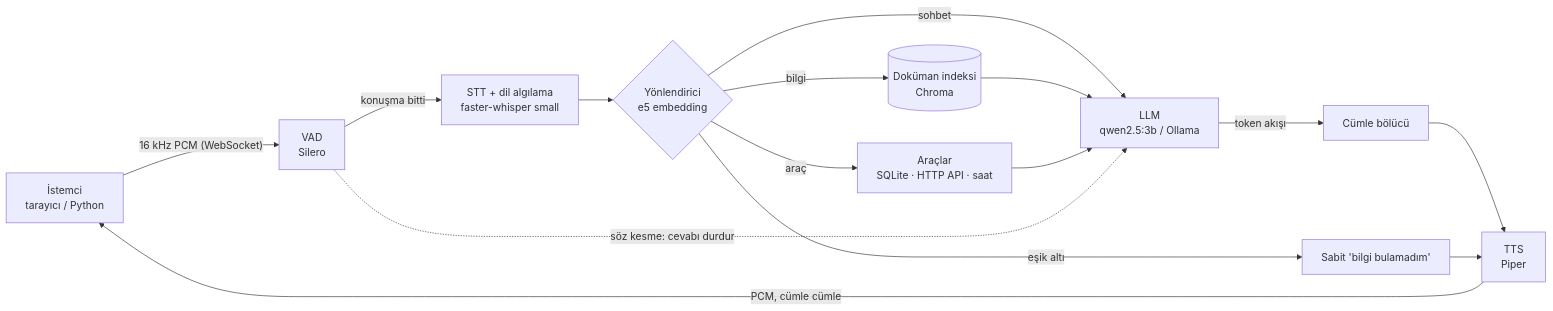
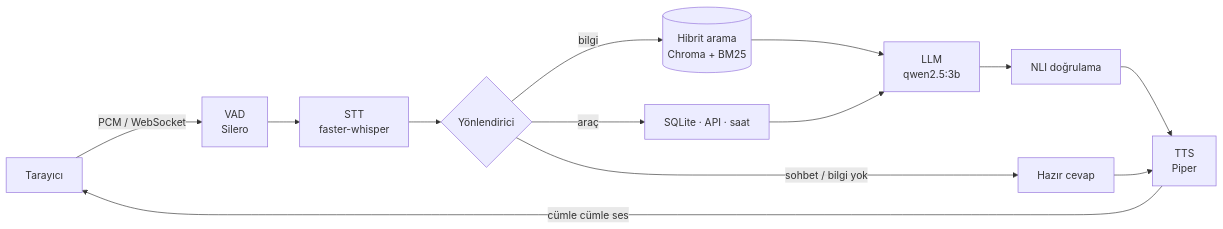
Before and after one commit to icloolg/akinrobotics-voice-agent: the diagram in README.md, drawn with Mermaid. The commit also changed other lines of this file and 53 other files, not shown here.

````diff
--- a/README.md
+++ b/README.md
@@ -42,14 +26,11 @@
 ```mermaid
 flowchart LR
-    C[İstemci<br>tarayıcı / Python] -- "16 kHz PCM (WebSocket)" --> V[VAD<br>Silero]
-    V -- "konuşma bitti" --> S[STT + dil algılama<br>faster-whisper small]
-    S --> R{Yönlendirici<br>e5 embedding}
-    R -- sohbet --> L[LLM<br>qwen2.5:3b / Ollama]
-    R -- bilgi --> K[(Doküman indeksi<br>Chroma)] --> L
-    R -- araç --> T[Araçlar<br>SQLite · HTTP API · saat] --> L
-    R -- "eşik altı" --> N[Sabit 'bilgi bulamadım']
-    L -- "token akışı" --> P[Cümle bölücü] --> Q[TTS<br>Piper]
-    N --> Q
-    Q -- "PCM, cümle cümle" --> C
-    V -. "söz kesme: cevabı durdur" .-> L
+    C[Tarayıcı] -- "PCM / WebSocket" --> V[VAD<br>Silero] --> S[STT<br>faster-whisper]
+    S --> R{Yönlendirici}
+    R -- bilgi --> K[(Hibrit arama<br>Chroma + BM25)] --> L[LLM<br>qwen2.5:3b]
+    R -- araç --> T[SQLite · API · saat] --> L
+    R -- "sohbet / bilgi yok" --> H[Hazır cevap]
+    L --> D[NLI doğrulama] --> Q[TTS<br>Piper]
+    H --> Q
+    Q -- "cümle cümle ses" --> C
 ```
````
